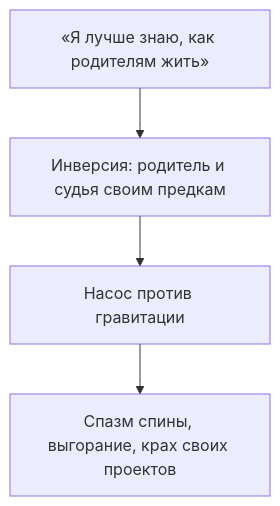
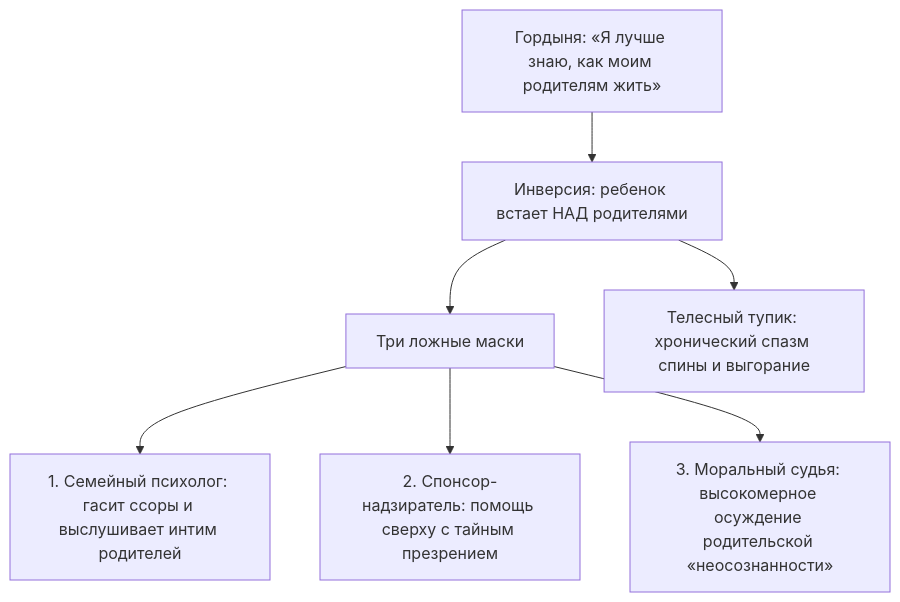
Before and after one commit to GTFB/threebooks: the diagram in root/19-bug-03-inversion/ru.mdx, drawn with Mermaid. The commit also changed other lines of this file and 40 other files, not shown here.

````diff
--- a/root/19-bug-03-inversion/ru.mdx
+++ b/root/19-bug-03-inversion/ru.mdx
@@ -96,6 +100,9 @@
 ```mermaid
 flowchart TD
-  Hubris["«Я лучше знаю, как родителям жить»"] --> Inversion["Инверсия: родитель и судья своим предкам"]
-  Inversion --> Drain["Насос против гравитации"]
-  Drain --> Breakdown["Спазм спины, выгорание, крах своих проектов"]
+  Hubris["Гордыня: «Я лучше знаю, как моим родителям жить»"] --> Inversion["Инверсия: ребенок встает НАД родителями"]
+  Inversion --> ThreeFaces["Три ложные маски"]
+  ThreeFaces --> Face1["1. Семейный психолог: гасит ссоры и выслушивает интим родителей"]
+  ThreeFaces --> Face2["2. Спонсор-надзиратель: помощь сверху с тайным презрением"]
+  ThreeFaces --> Face3["3. Моральный судья: высокомерное осуждение родительской «неосознанности»"]
+  Inversion --> BodyBreak["Телесный тупик: хронический спазм спины и выгорание"]
 ```
````
